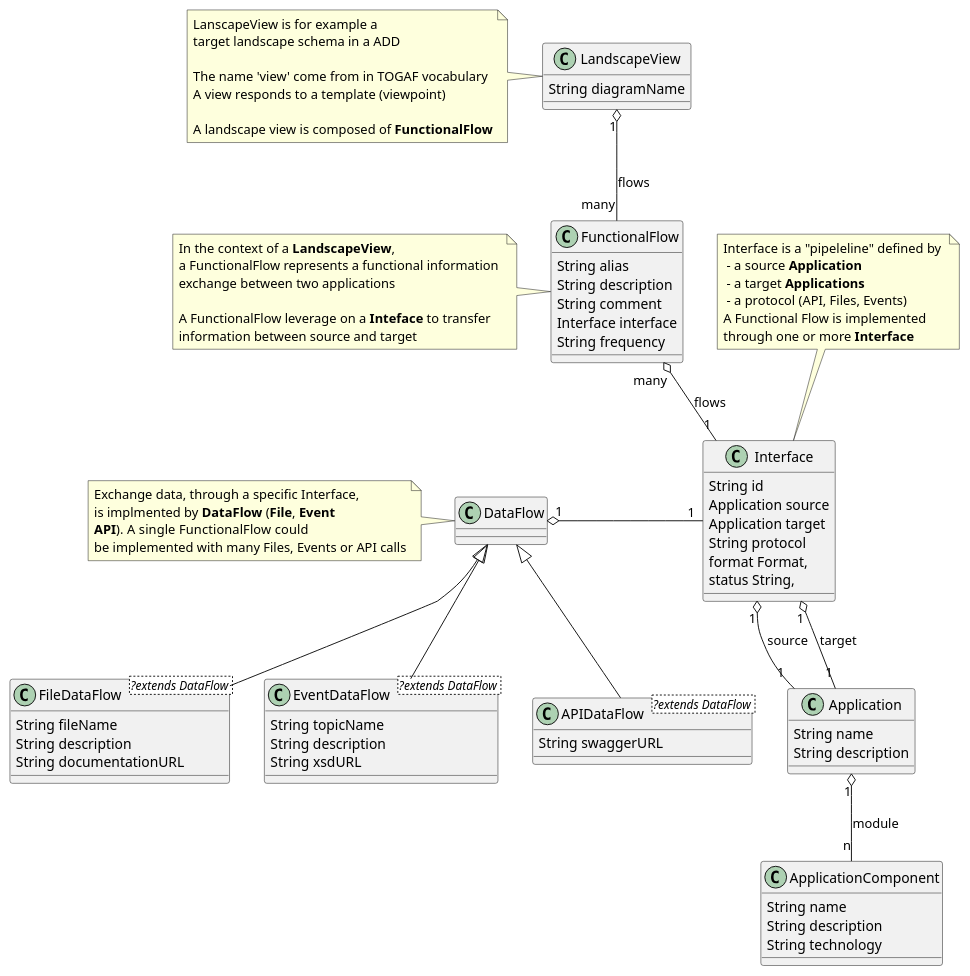
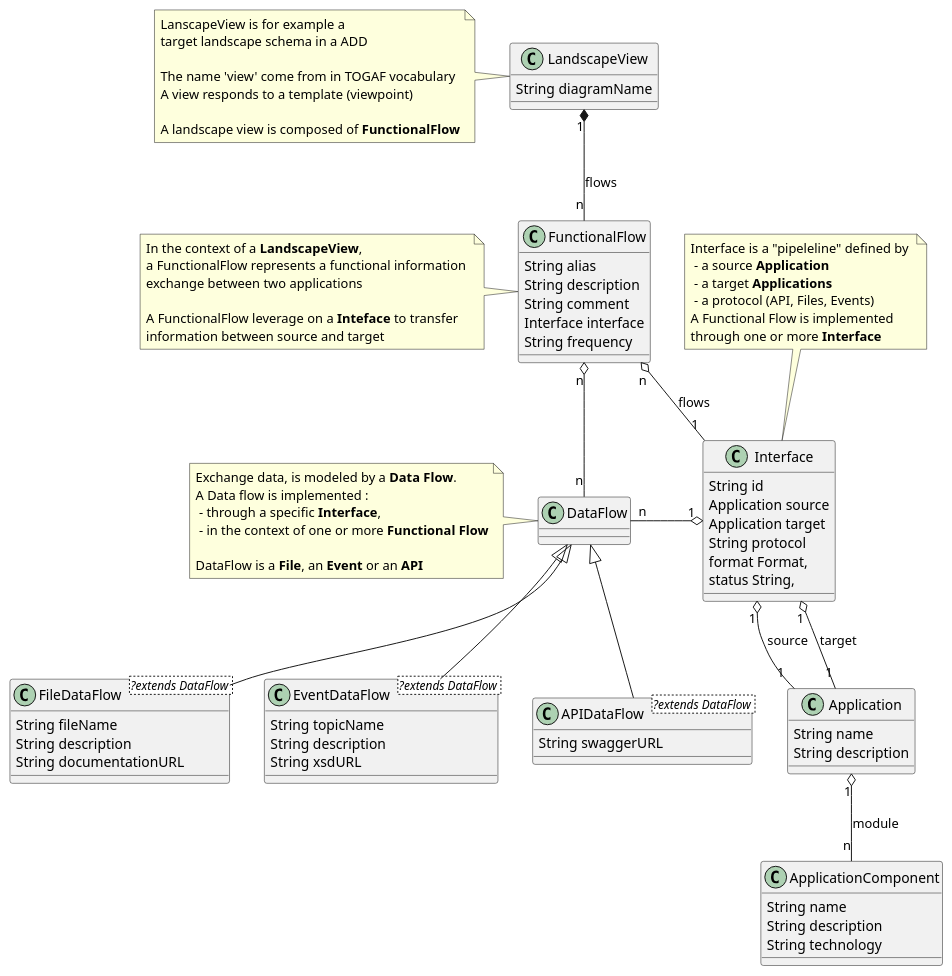
Before and after one commit to mauvaisetroupe/ea-design-it: the diagram in documentation/metamodel/plantuml-eadesignit.puml, drawn with PlantUML. The commit also changed 1 other file, not shown here.

```diff
--- a/documentation/metamodel/plantuml-eadesignit.puml
+++ b/documentation/metamodel/plantuml-eadesignit.puml
@@ -1,105 +1,111 @@
 @startuml
-LandscapeView "1" o-down- "many" FunctionalFlow : flows
-FunctionalFlow "many" o-down- "1" Interface : flows
-'FunctionalFlow "1" o-- "many" DataFlow
-DataFlow "1" o-right- "1" Interface
+
+
+LandscapeView "1" *-down- "n" FunctionalFlow : flows
+FunctionalFlow "n" o-down- "1" Interface : flows
+'FunctionalFlow "1" o-- "n" DataFlow
+DataFlow "n" -right-o "1" Interface
+DataFlow "n" -up-o "n" FunctionalFlow
+
 
 
 
 Interface "1" o-- "1" Application : source
 Interface "1" o-- "1" Application : target
 Application "1" o-- "n" ApplicationComponent : module
 DataFlow <|-- FileDataFlow
 DataFlow <|-- EventDataFlow
 DataFlow <|-- APIDataFlow
 
 'DataFlow "1" o-left- "1" ApplicationComponent : source
 'DataFlow "1" o-left- "1" ApplicationComponent : target
 
 
 
 Class LandscapeView {
    String diagramName 
 }
 note left of LandscapeView
   LanscapeView is for example a 
   target landscape schema in a ADD
   
   The name 'view' come from in TOGAF vocabulary
   A view responds to a template (viewpoint)
 
   A landscape view is composed of <b>FunctionalFlow</b>
 end note 
 
 Class FunctionalFlow {
     String alias
     String description
     String comment
 	Interface interface
 	String frequency
 }
 note left of FunctionalFlow
   In the context of a <b>LandscapeView</b>,
   a FunctionalFlow represents a functional information 
   exchange between two applications
   
   A FunctionalFlow leverage on a <b>Inteface</b> to transfer
   information between source and target
 end note 
 
 Class Interface {
     String id
     Application source
     Application target
 	String protocol
     format Format,
     status String,
 }
 note top of Interface
    Interface is a "pipeleline" defined by 
     - a source <b>Application</b>
     - a target <b>Applications</b>
     - a protocol (API, Files, Events)
    A Functional Flow is implemented 
    through one or more <b>Interface</b>
 end note
 
 
 Class Application {
 String name
 String description
 }
 
 Class ApplicationComponent {
 String name
 String description
 String technology
 }
 
 
 Class DataFlow {
 }
 note left of DataFlow
-  Exchange data, through a specific Interface, 
-  is implmented by <b>DataFlow</b> (<b>File</b>, <b>Event</b>
-  <b>API</b>).  A single FunctionalFlow could 
-  be implemented with many Files, Events or API calls
+  Exchange data, is modeled by a <b>Data Flow</b>.
+  A Data flow is implemented :
+   - through a specific <b>Interface</b>, 
+   - in the context of one or more <b>Functional Flow</b>
+  
+  DataFlow is a <b>File</b>, an <b>Event</b> or an <b>API</b>
 end note 
 
 
 Class FileDataFlow <?extends DataFlow > {
    String fileName
    String description
    String documentationURL
 }
 
 Class EventDataFlow <?extends DataFlow > {
    String topicName
    String description
    String xsdURL
 }
 
 Class APIDataFlow <?extends DataFlow > {
    String swaggerURL
 }
 @enduml
```
